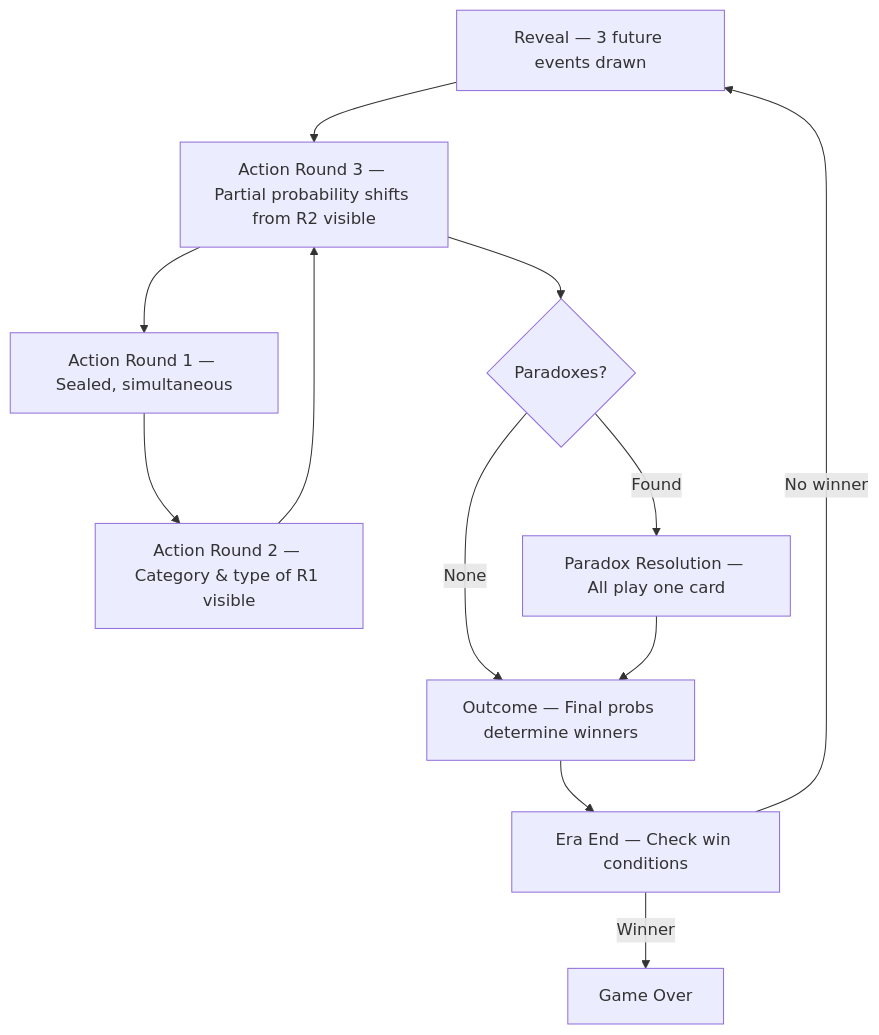
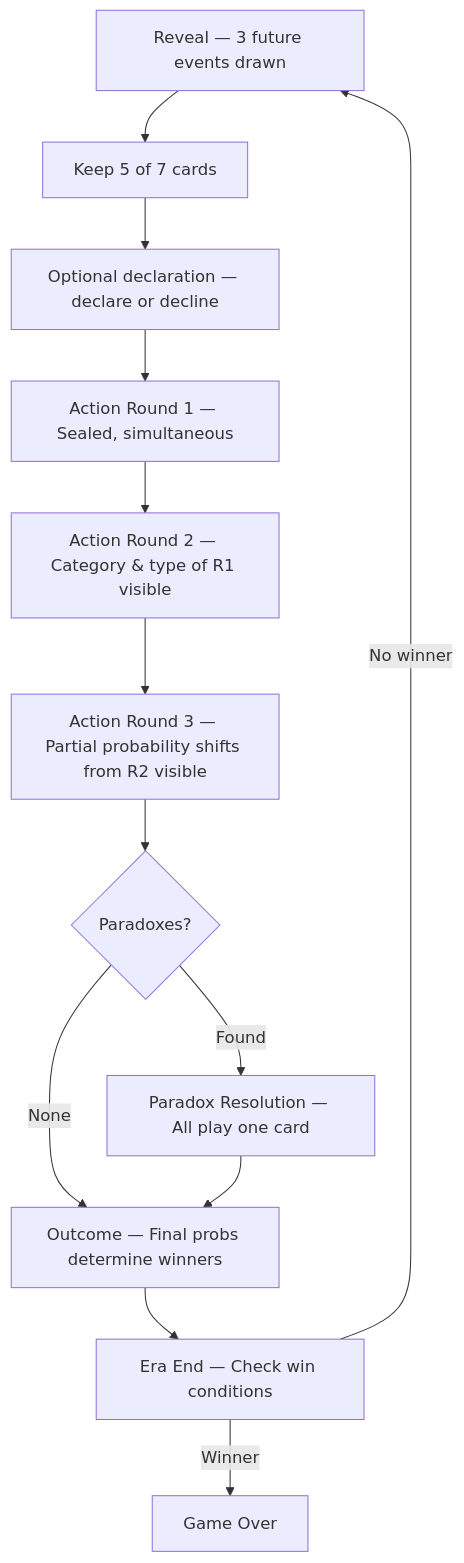
Before and after one commit to temporal-rift/docs: the diagram in game-design/era-structure.mdx, drawn with Mermaid. The commit also changed other lines of this file and 3 other files, not shown here.

````diff
--- a/game-design/era-structure.mdx
+++ b/game-design/era-structure.mdx
@@ -11,14 +11,15 @@
 ```mermaid
 flowchart TD
-  A[Reveal — 3 future events drawn] --> D[Declaration window — Rally or eligible Momentum]
-  D --> B[Action Round 1 — Sealed, simultaneous]
+  A[Reveal — 3 future events drawn] --> HS[Keep 5 of 7 cards]
+  HS --> DW[Optional declaration — declare or decline]
+  DW --> B[Action Round 1 — Sealed, simultaneous]
   B --> C[Action Round 2 — Category & type of R1 visible]
-  C --> D[Action Round 3 — Partial probability shifts from R2 visible]
-  D --> E{Paradoxes?}
+  C --> R3[Action Round 3 — Partial probability shifts from R2 visible]
+  R3 --> E{Paradoxes?}
   E -->|None| G[Outcome — Final probs determine winners]
   E -->|Found| F[Paradox Resolution — All play one card]
   F --> G
   G --> H[Era End — Check win conditions]
   H -->|Winner| I[Game Over]
   H -->|No winner| A
 ```
````
